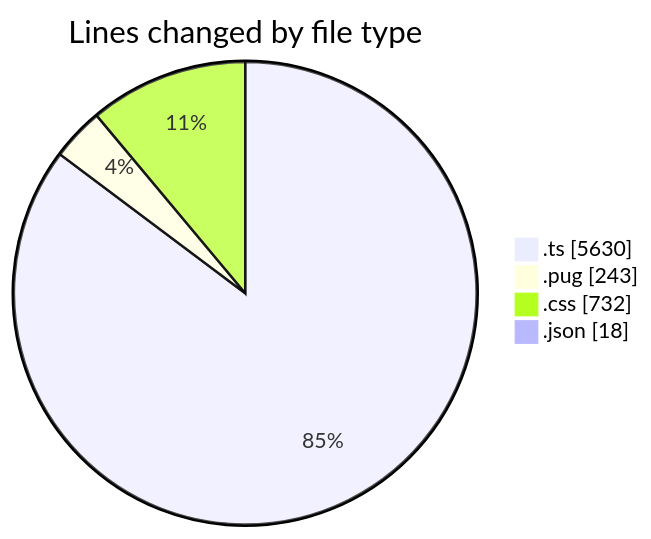
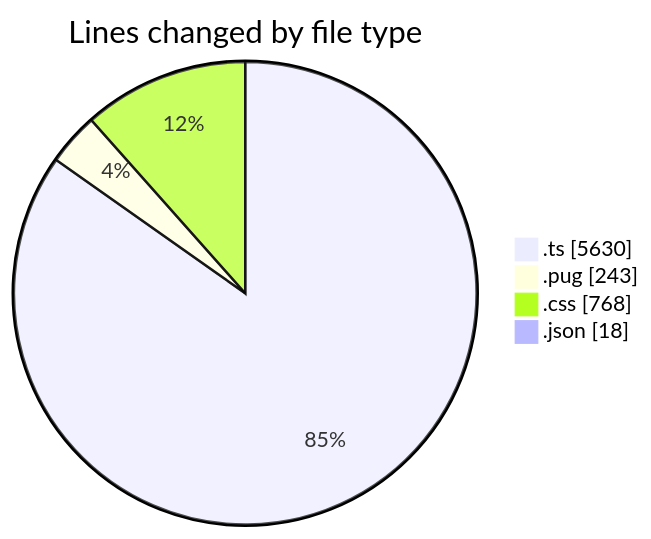
One commit to momahboobian/code-tracking changed the first of 2 diagrams in 2025-10-31/cda/README.md. Above: the diagram before and after it, drawn with Mermaid. The commit also changed other lines of this file and 1 other file, not shown here.

````diff
--- a/2025-10-31/cda/README.md
+++ b/2025-10-31/cda/README.md
@@ -31,8 +31,8 @@
 ```mermaid
 pie showData
 title Lines changed by file type
 ".ts" : 5630
 ".pug" : 243
-".css" : 732
+".css" : 768
 ".json" : 18
 ```
````
